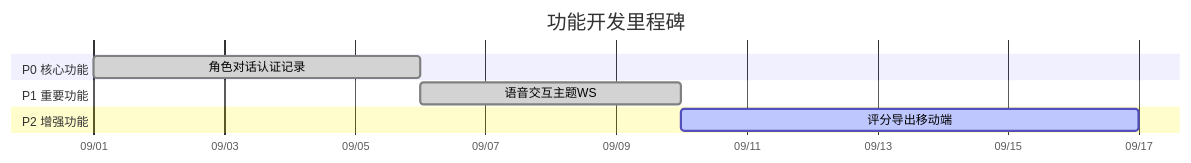
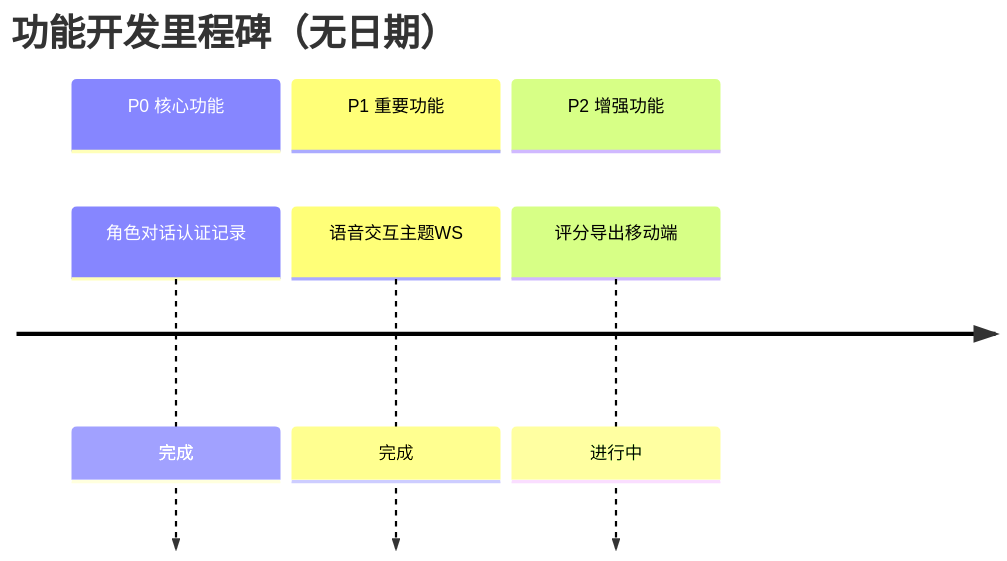
The third of 4 diagrams in README.md (echo-c-c/-demo), drawn with Mermaid before and after one commit.

````diff
--- a/README.md
+++ b/README.md
@@ -79,17 +79,12 @@
 ```mermaid
-gantt
-  title 功能开发里程碑
-  dateFormat  YYYY-MM-DD
-  axisFormat  %m/%d
-  todayMarker stroke-width:2px
+timeline
+  title 功能开发里程碑（无日期）
+  section P0 核心功能
+    角色对话认证记录 : 完成
+  section P1 重要功能
+    语音交互主题WS : 完成
+  section P2 增强功能
+    评分导出移动端 : 进行中
 
-  section P0 核心功能
-  角色对话认证记录 :done,    p0a, 2025-09-01, 5d
-
-  section P1 重要功能
-  语音交互主题WS         :done,    p1a, after p0a, 4d
-
-  section P2 增强功能
-  评分导出移动端         :active,  p2a, after p1a, 7d
 
 ```
````
